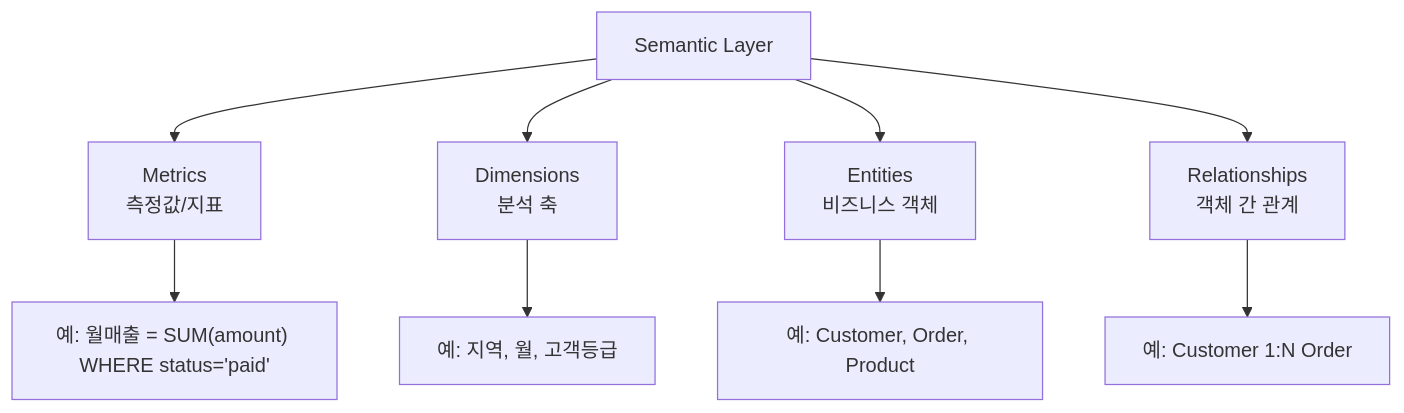
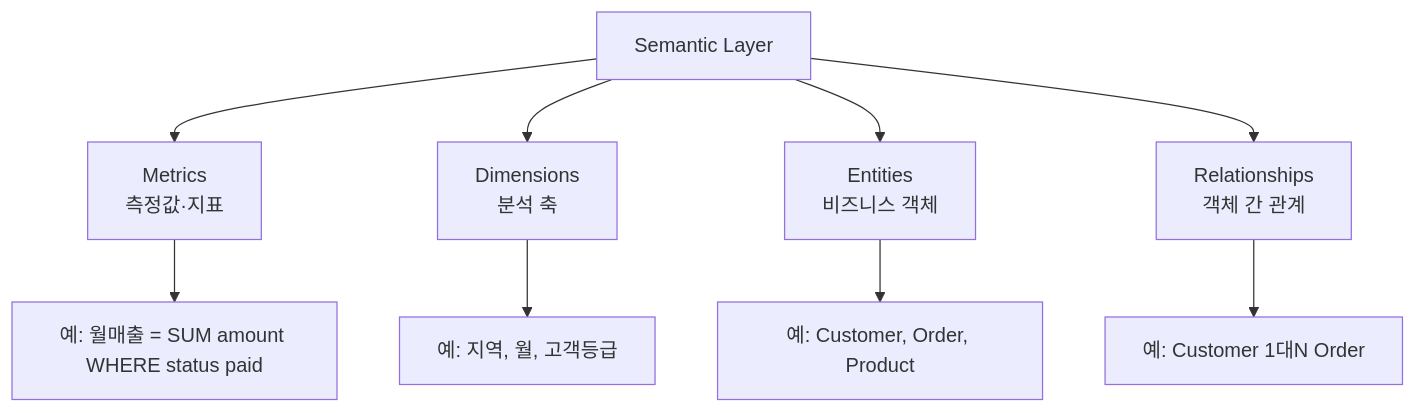
The first of 12 diagrams in docs/seminar_semantic_layer.md (izzyLim/BIP-Pipeline), drawn with Mermaid before and after one commit. The commit also changed other lines of this file and 1 other file, not shown here.

First line of the commit message:
fix: 세미나 mermaid 다이어그램 syntax 에러 수정

````diff
--- a/docs/seminar_semantic_layer.md
+++ b/docs/seminar_semantic_layer.md
@@ -67,13 +67,13 @@
 ```mermaid
 flowchart TD
-    SL[Semantic Layer]
-    SL --> M[Metrics<br/>측정값/지표]
-    SL --> D[Dimensions<br/>분석 축]
-    SL --> E[Entities<br/>비즈니스 객체]
-    SL --> R[Relationships<br/>객체 간 관계]
+    SL["Semantic Layer"]
+    SL --> M["Metrics<br/>측정값·지표"]
+    SL --> D["Dimensions<br/>분석 축"]
+    SL --> E["Entities<br/>비즈니스 객체"]
+    SL --> R["Relationships<br/>객체 간 관계"]
 
-    M --> M1["예: 월매출 = SUM(amount) WHERE status='paid'"]
+    M --> M1["예: 월매출 = SUM amount WHERE status paid"]
     D --> D1["예: 지역, 월, 고객등급"]
     E --> E1["예: Customer, Order, Product"]
-    R --> R1["예: Customer 1:N Order"]
+    R --> R1["예: Customer 1대N Order"]
 ```
````
